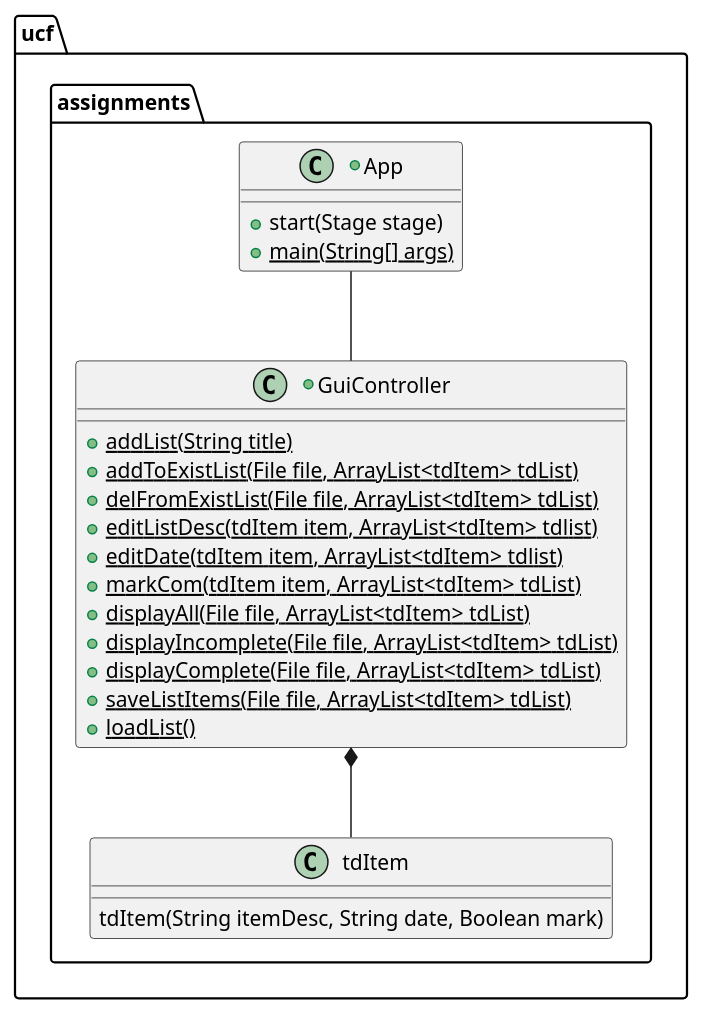
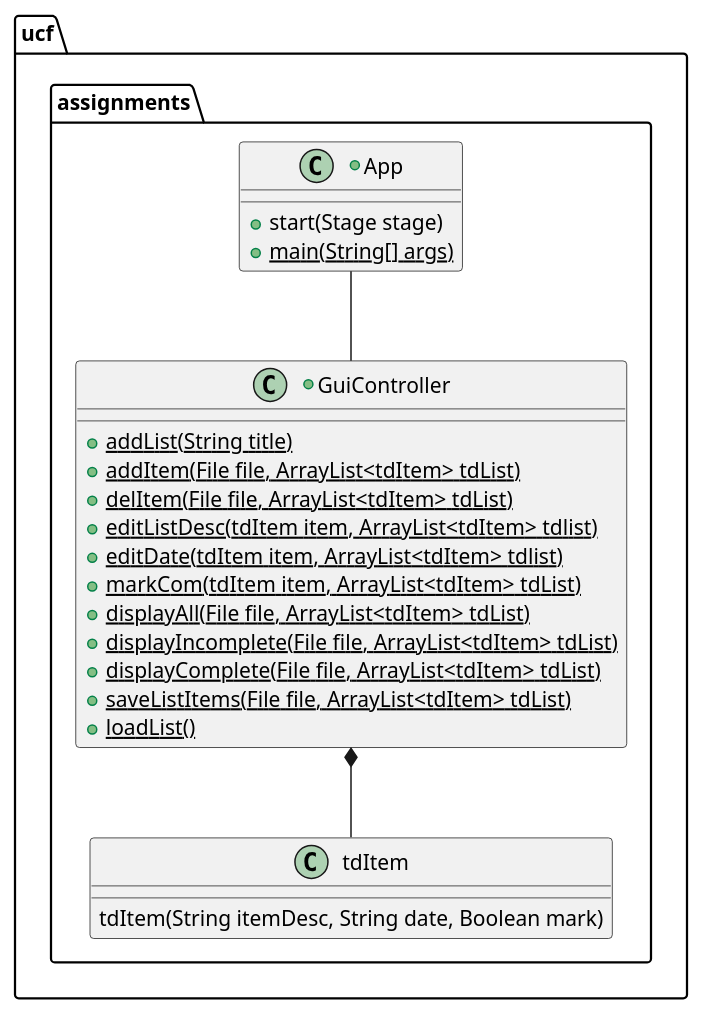
The diagram in uml/App.javaCD.puml (ayeekee/yeekee-cop3330-assignment4part2), drawn with PlantUML before and after one commit. The commit also changed 3 other files, not shown here.

```diff
--- a/uml/App.javaCD.puml
+++ b/uml/App.javaCD.puml
@@ -1,32 +1,32 @@
 @startuml
 'https://plantuml.com/class-diagram
 
 package ucf.assignments{
 
     GuiController *-- tdItem
     App -- GuiController
 
     +Class App{
     +start(Stage stage)
     +{static}main(String[] args)
     }
 
     Class tdItem{
         tdItem(String itemDesc, String date, Boolean mark)
     }
 
     +Class GuiController{
         +{static}addList(String title)
-        +{static}addToExistList(File file, ArrayList<tdItem> tdList)
-        +{static}delFromExistList(File file, ArrayList<tdItem> tdList)
+        +{static}addItem(File file, ArrayList<tdItem> tdList)
+        +{static}delItem(File file, ArrayList<tdItem> tdList)
         +{static}editListDesc(tdItem item, ArrayList<tdItem> tdlist)
         +{static}editDate(tdItem item, ArrayList<tdItem> tdlist)
         +{static}markCom(tdItem item, ArrayList<tdItem> tdList)
         +{static}displayAll(File file, ArrayList<tdItem> tdList)
         +{static}displayIncomplete(File file, ArrayList<tdItem> tdList)
         +{static}displayComplete(File file, ArrayList<tdItem> tdList)
         +{static}saveListItems(File file, ArrayList<tdItem> tdList)
         +{static}loadList()
     }
 }
 @enduml
```
